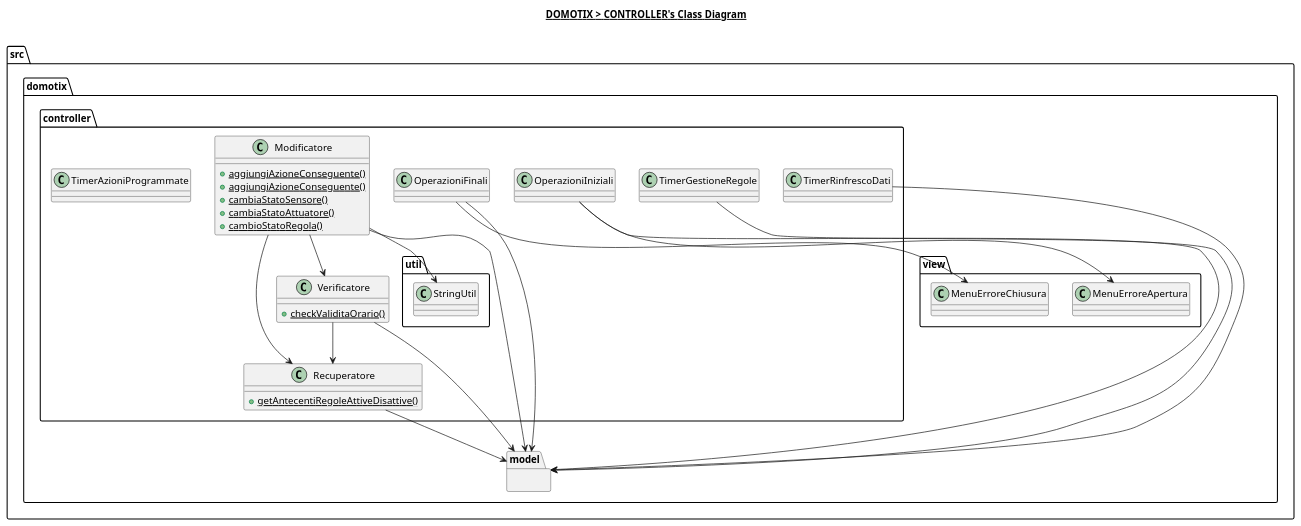
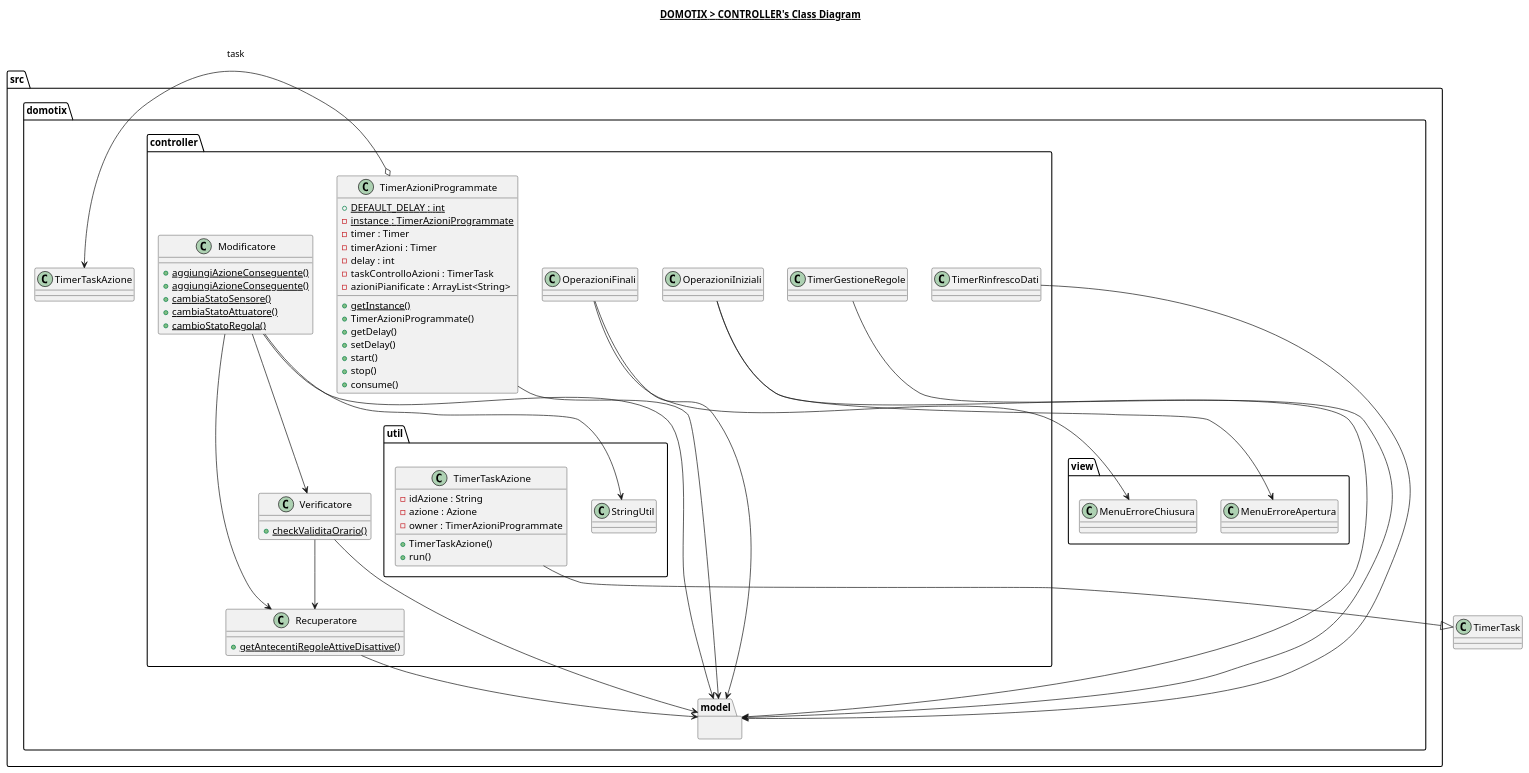
One commit to Edoar-do/Domotix changed the diagram in src/domotix/controller/controller.plantuml. Above: the diagram before and after it, drawn with PlantUML. The commit also changed 3 other files, not shown here.

Commit message:
Aggiunge retrocompatibilita' alla lettura delle Regole; Bugfix in TimerAzioniProgrammate

```diff
--- a/src/domotix/controller/controller.plantuml
+++ b/src/domotix/controller/controller.plantuml
@@ -1,68 +1,92 @@
 @startuml
 
 title __DOMOTIX > CONTROLLER's Class Diagram__\n
 
 namespace src.domotix.controller {
     class src.domotix.controller.Modificatore {
         {static} + aggiungiAzioneConseguente()
         {static} + aggiungiAzioneConseguente()
         {static} + cambiaStatoSensore()
         {static} + cambiaStatoAttuatore()
         {static} + cambioStatoRegola()
     }
 
     class src.domotix.controller.OperazioniFinali {
 
     }
 
     class src.domotix.controller.OperazioniIniziali {
 
     }
 
     class src.domotix.controller.Recuperatore {
         {static} + getAntecentiRegoleAttiveDisattive()
     }
 
     class src.domotix.controller.Verificatore {
         {static} + checkValiditaOrario()
     }
 
     class src.domotix.controller.TimerGestioneRegole {
     }
 
     class src.domotix.controller.TimerRinfrescoDati {
     }
 
     class src.domotix.controller.TimerAzioniProgrammate {
+        {static} + DEFAULT_DELAY : int
+        {static} - instance : TimerAzioniProgrammate
+        - timer : Timer
+        - timerAzioni : Timer
+        - delay : int
+        - taskControlloAzioni : TimerTask
+        - azioniPianificate : ArrayList<String>
+        {static} + getInstance()
+        + TimerAzioniProgrammate()
+        + getDelay()
+        + setDelay()
+        + start()
+        + stop()
+        + consume()
     }
 
     namespace util {
         class src.domotix.controller.util.StringUtil {
+        }
+        class src.domotix.controller.util.TimerTaskAzione {
+            - idAzione : String
+            - azione : Azione
+            - owner : TimerAzioniProgrammate
+            + TimerTaskAzione()
+            + run()
         }
     }
 }
 
 namespace src.domotix.model {
 
 }
 
 src.domotix.controller.Modificatore --> src.domotix.controller.util.StringUtil
 src.domotix.controller.Modificatore --> src.domotix.controller.Recuperatore
 src.domotix.controller.Modificatore --> src.domotix.controller.Verificatore
 src.domotix.controller.Modificatore --> src.domotix.model
 
 src.domotix.controller.Verificatore --> src.domotix.controller.Recuperatore
 src.domotix.controller.Verificatore --> src.domotix.model
 
 src.domotix.controller.Recuperatore --> src.domotix.model
 
 src.domotix.controller.OperazioniIniziali --> src.domotix.model
 src.domotix.controller.OperazioniIniziali --> src.domotix.view.MenuErroreApertura
 
 src.domotix.controller.OperazioniFinali --> src.domotix.model
 src.domotix.controller.OperazioniFinali --> src.domotix.view.MenuErroreChiusura
 
 src.domotix.controller.TimerGestioneRegole --> src.domotix.model
 src.domotix.controller.TimerRinfrescoDati --> src.domotix.model
+src.domotix.controller.TimerAzioniProgrammate --> src.domotix.model
+src.domotix.controller.TimerAzioniProgrammate o-> src.domotix.TimerTaskAzione : task
+src.domotix.controller.util.TimerTaskAzione --|> TimerTask
 
 @enduml
```
